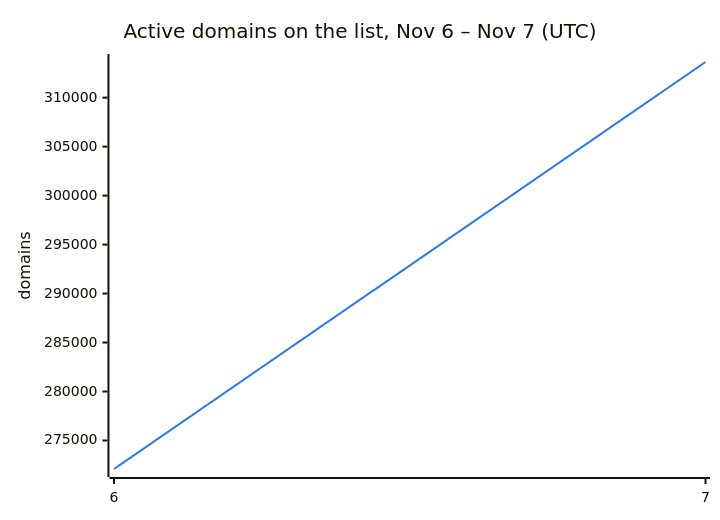
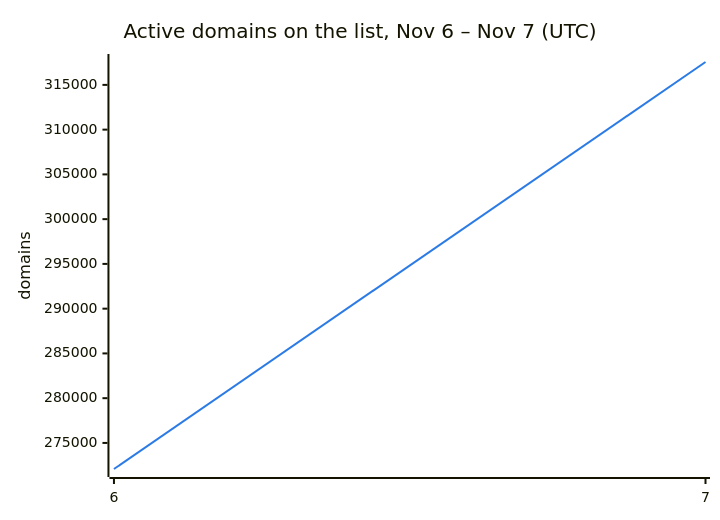
The second of 3 diagrams in README.md (DNSBunker/CTI), drawn with Mermaid before and after one commit. The commit also changed other lines of this file and 3 other files, not shown here.

````diff
--- a/README.md
+++ b/README.md
@@ -38,8 +38,8 @@
 ```mermaid
 %%{init: {"themeVariables": {"xyChart": {"plotColorPalette": "#2c7be5"}}}}%%
 xychart-beta
     title "Active domains on the list, Nov 6 – Nov 7 (UTC)"
     x-axis ["6", "7"]
     y-axis "domains"
-    line [272088, 313639]
+    line [272088, 317556]
 ```
````
